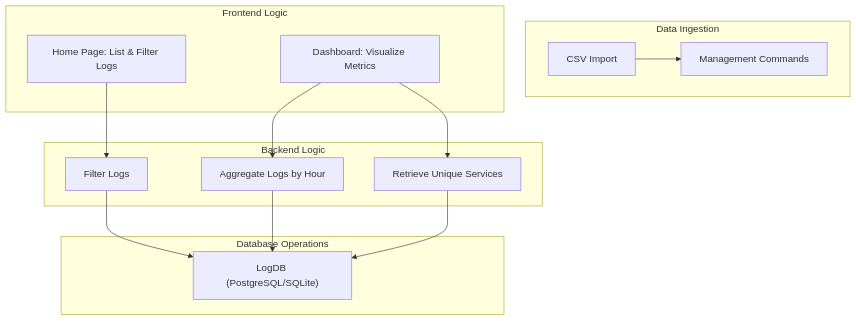
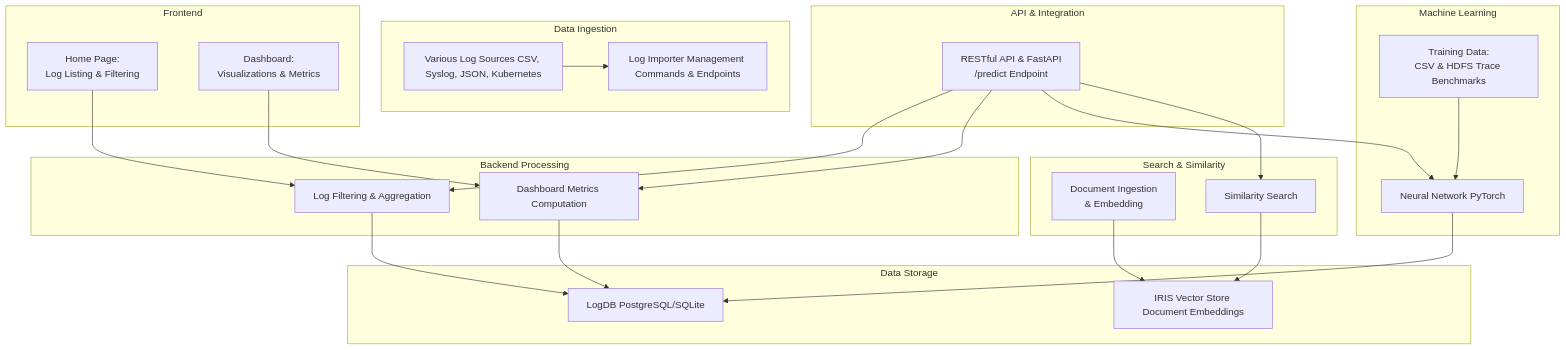
Before and after one commit to DhyeyMavani2003/logflowai: the diagram in README.md, drawn with Mermaid. The commit also changed 1 other file, not shown here.

Commit message:
update mermaid and readme + push new cleaned report

````diff
--- a/README.md
+++ b/README.md
@@ -89,29 +89,56 @@
 ```mermaid
 graph TD
+    %% Data Ingestion Layer
     subgraph "Data Ingestion"
-        A1[CSV Import]
-        A2[Management Commands]
+        A1[Various Log Sources CSV, Syslog, JSON, Kubernetes]
+        A2[Log Importer Management Commands & Endpoints]
         A1 --> A2
     end
 
-    subgraph "Database Operations"
-        B1["LogDB (PostgreSQL/SQLite)"]
+    %% Data Storage Layer
+    subgraph "Data Storage"
+        B1["LogDB PostgreSQL/SQLite"]
+        B2["IRIS Vector Store Document Embeddings"]
     end
 
-    subgraph "Backend Logic"
-        C1[Filter Logs]
-        C2[Aggregate Logs by Hour]
-        C3[Retrieve Unique Services]
+    %% Backend Processing Layer
+    subgraph "Backend Processing"
+        C1[Log Filtering & Aggregation]
+        C2[Dashboard Metrics Computation]
         C1 --> B1
         C2 --> B1
-        C3 --> B1
     end
 
-    subgraph "Frontend Logic"
-        D1[Home Page: List & Filter Logs]
-        D2[Dashboard: Visualize Metrics]
-        D1 --> C1
-        D2 --> C2
-        D2 --> C3
+    %% Machine Learning & Predictions
+    subgraph "Machine Learning"
+        M1[Neural Network PyTorch]
+        M2[Training Data:<br>CSV & HDFS Trace Benchmarks]
+        M2 --> M1
+        M1 --> B1
+    end
+
+    %% Document Ingestion & Similarity Search
+    subgraph "Search & Similarity"
+        S1[Document Ingestion<br>& Embedding]
+        S2[Similarity Search]
+        S1 --> B2
+        S2 --> B2
+    end
+
+    %% API & Integration Layer
+    subgraph "API & Integration"
+        A3[RESTful API & FastAPI<br>/predict Endpoint]
+        A3 --> C1
+        A3 --> C2
+        A3 --> M1
+        A3 --> S2
+    end
+
+    %% Frontend Layer
+    subgraph "Frontend"
+        F1[Home Page:<br>Log Listing & Filtering]
+        F2[Dashboard:<br>Visualizations & Metrics]
+        F1 --> C1
+        F2 --> C2
     end
 ```
````
